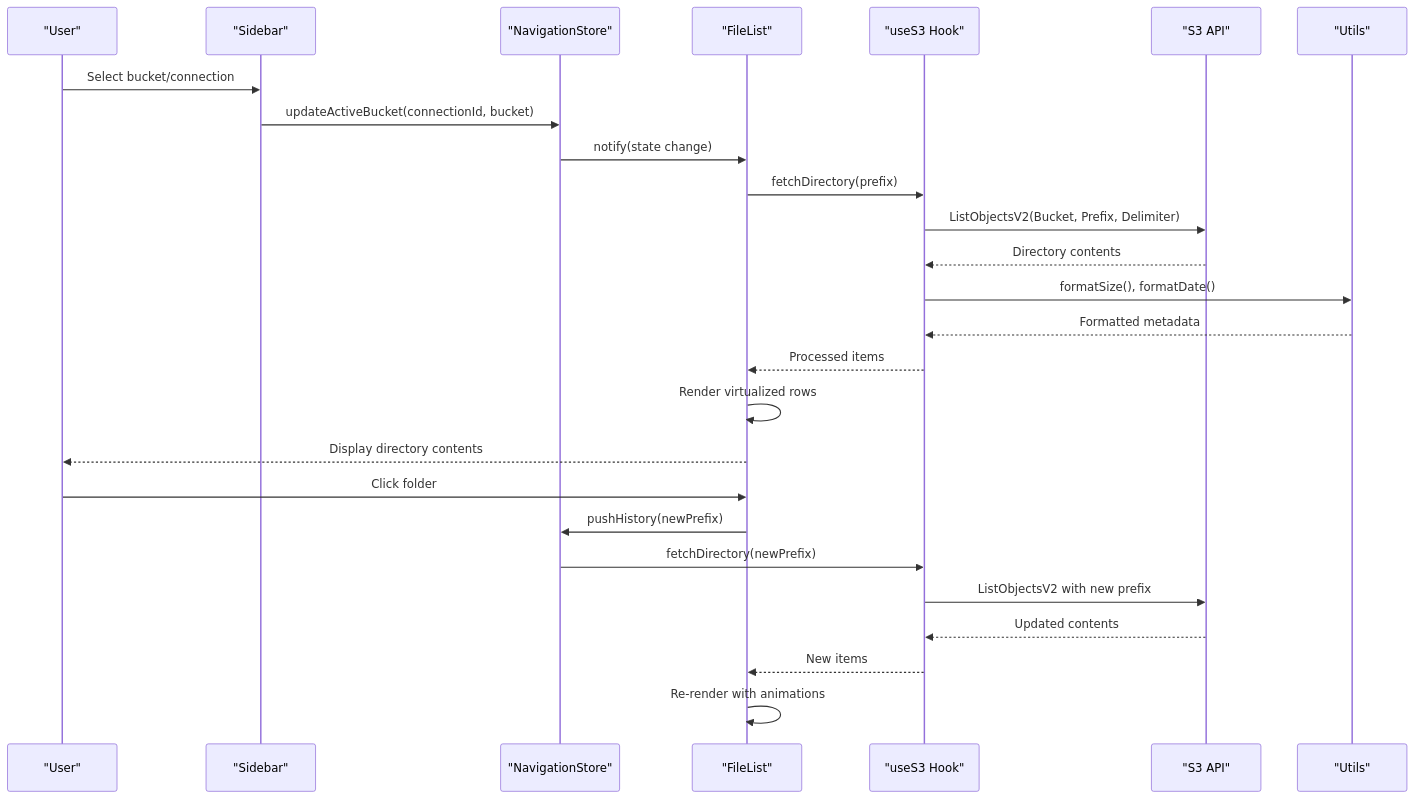
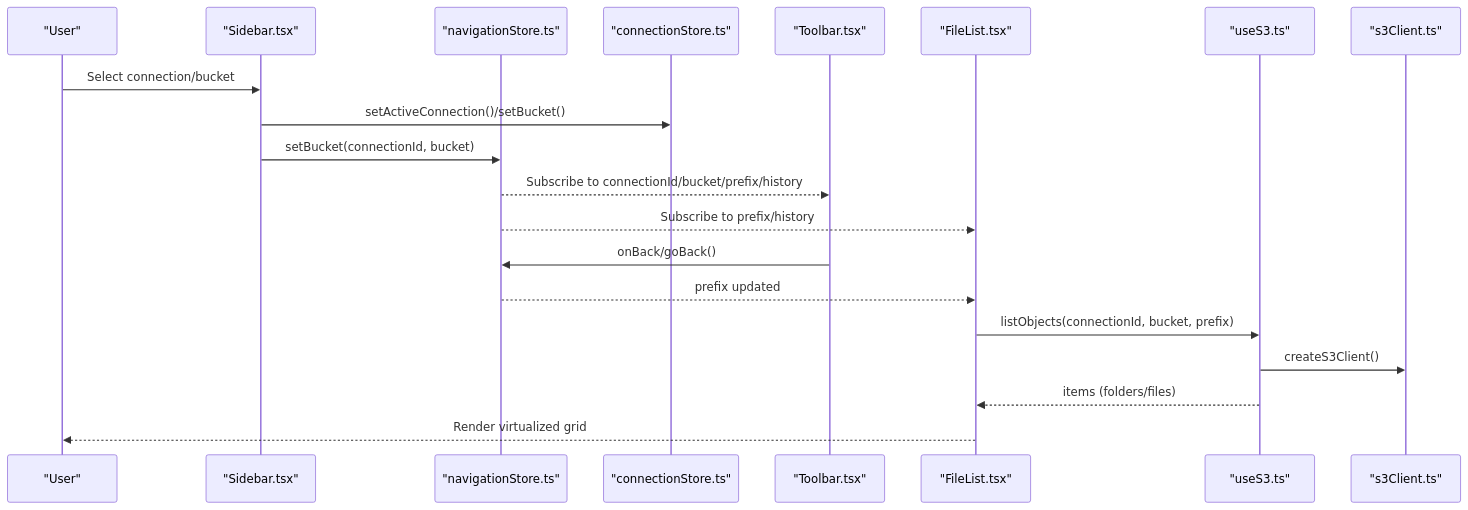
The second of 11 diagrams in .qoder/repowiki/en/content/Core Features/File Browser Interface.md (nasrulhadi/s3-explorer), drawn with Mermaid before and after one commit. The commit also changed other lines of this file and 46 other files, not shown here.

````diff
--- a/.qoder/repowiki/en/content/Core Features/File Browser Interface.md
+++ b/.qoder/repowiki/en/content/Core Features/File Browser Interface.md
@@ -107,28 +121,22 @@
 ```mermaid
 sequenceDiagram
-participant User as "User"
-participant Sidebar as "Sidebar"
-participant NavStore as "NavigationStore"
-participant FileList as "FileList"
-participant S3Hook as "useS3 Hook"
-participant S3API as "S3 API"
-participant Utils as "Utils"
-User->>Sidebar : Select bucket/connection
-Sidebar->>NavStore : updateActiveBucket(connectionId, bucket)
-NavStore->>FileList : notify(state change)
-FileList->>S3Hook : fetchDirectory(prefix)
-S3Hook->>S3API : ListObjectsV2(Bucket, Prefix, Delimiter)
-S3API-->>S3Hook : Directory contents
-S3Hook->>Utils : formatSize(), formatDate()
-Utils-->>S3Hook : Formatted metadata
-S3Hook-->>FileList : Processed items
-FileList->>FileList : Render virtualized rows
-FileList-->>User : Display directory contents
-User->>FileList : Click folder
-FileList->>NavStore : pushHistory(newPrefix)
-NavStore->>S3Hook : fetchDirectory(newPrefix)
-S3Hook->>S3API : ListObjectsV2 with new prefix
-S3API-->>S3Hook : Updated contents
-S3Hook-->>FileList : New items
-FileList->>FileList : Re-render with animations
+participant U as "User"
+participant S as "Sidebar.tsx"
+participant NS as "navigationStore.ts"
+participant C as "connectionStore.ts"
+participant T as "Toolbar.tsx"
+participant FL as "FileList.tsx"
+participant US3 as "useS3.ts"
+participant SC as "s3Client.ts"
+U->>S : Select connection/bucket
+S->>C : setActiveConnection()/setBucket()
+S->>NS : setBucket(connectionId, bucket)
+NS-->>T : Subscribe to connectionId/bucket/prefix/history
+NS-->>FL : Subscribe to prefix/history
+T->>NS : onBack/goBack()
+NS-->>FL : prefix updated
+FL->>US3 : listObjects(connectionId, bucket, prefix)
+US3->>SC : createS3Client()
+US3-->>FL : items (folders/files)
+FL-->>U : Render virtualized grid
 ```
````
